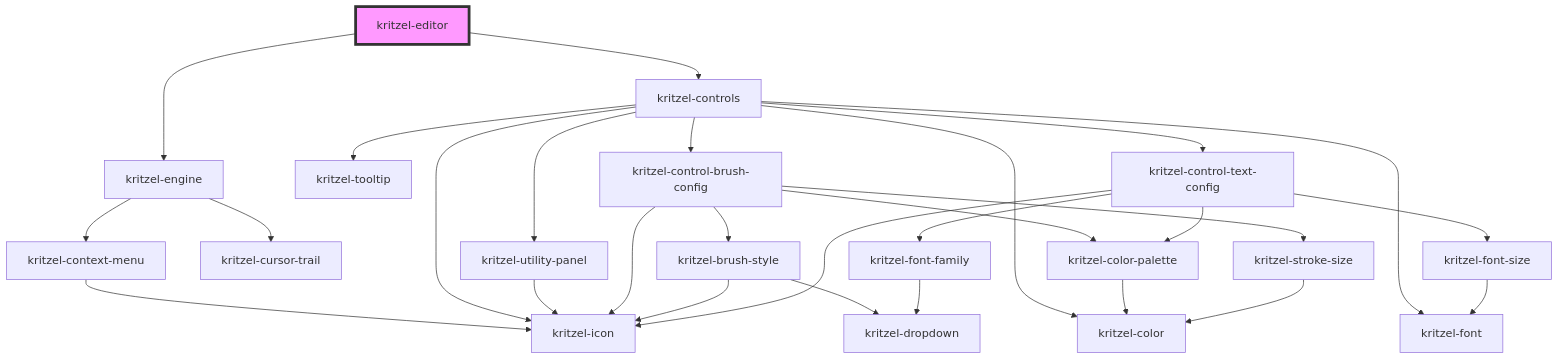
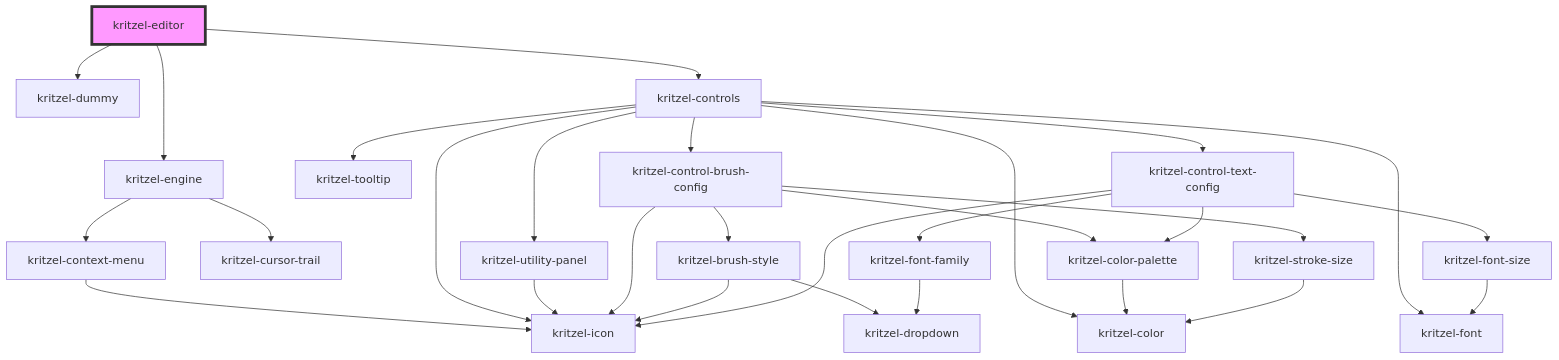
One commit to kasual1/kritzel changed the diagram in packages/libs/kritzel-stencil/src/components/core/kritzel-editor/readme.md. Above: the diagram before and after it, drawn with Mermaid. The commit also changed other lines of this file and 7 other files, not shown here.

````diff
--- a/packages/libs/kritzel-stencil/src/components/core/kritzel-editor/readme.md
+++ b/packages/libs/kritzel-stencil/src/components/core/kritzel-editor/readme.md
@@ -25,31 +26,32 @@
 ```mermaid
 graph TD;
+  kritzel-editor --> kritzel-dummy
   kritzel-editor --> kritzel-engine
   kritzel-editor --> kritzel-controls
   kritzel-engine --> kritzel-context-menu
   kritzel-engine --> kritzel-cursor-trail
   kritzel-context-menu --> kritzel-icon
   kritzel-controls --> kritzel-utility-panel
   kritzel-controls --> kritzel-icon
   kritzel-controls --> kritzel-tooltip
   kritzel-controls --> kritzel-control-brush-config
   kritzel-controls --> kritzel-control-text-config
   kritzel-controls --> kritzel-color
   kritzel-controls --> kritzel-font
   kritzel-utility-panel --> kritzel-icon
   kritzel-control-brush-config --> kritzel-brush-style
   kritzel-control-brush-config --> kritzel-icon
   kritzel-control-brush-config --> kritzel-color-palette
   kritzel-control-brush-config --> kritzel-stroke-size
   kritzel-brush-style --> kritzel-dropdown
   kritzel-brush-style --> kritzel-icon
   kritzel-color-palette --> kritzel-color
   kritzel-stroke-size --> kritzel-color
   kritzel-control-text-config --> kritzel-font-family
   kritzel-control-text-config --> kritzel-icon
   kritzel-control-text-config --> kritzel-color-palette
   kritzel-control-text-config --> kritzel-font-size
   kritzel-font-family --> kritzel-dropdown
   kritzel-font-size --> kritzel-font
   style kritzel-editor fill:#f9f,stroke:#333,stroke-width:4px
 ```
````
